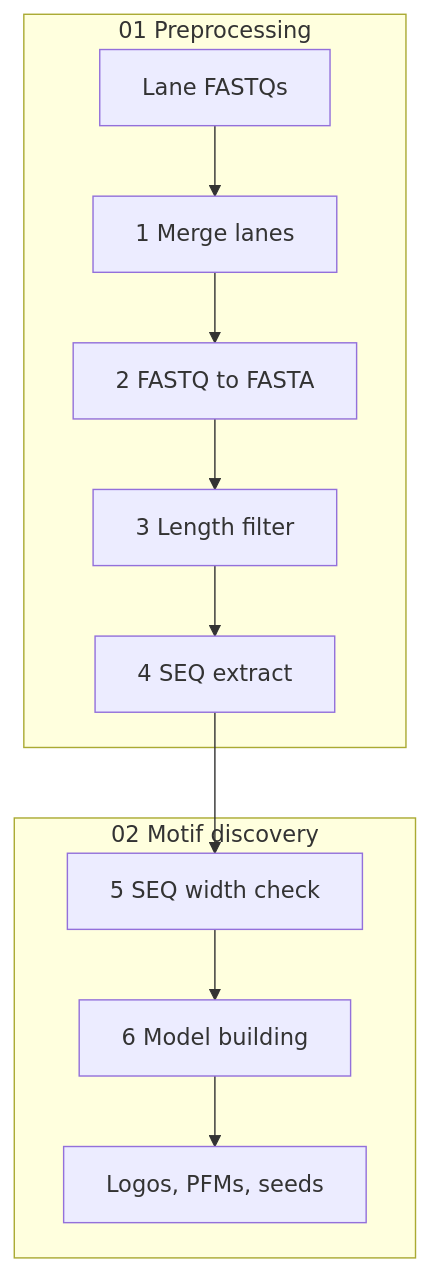
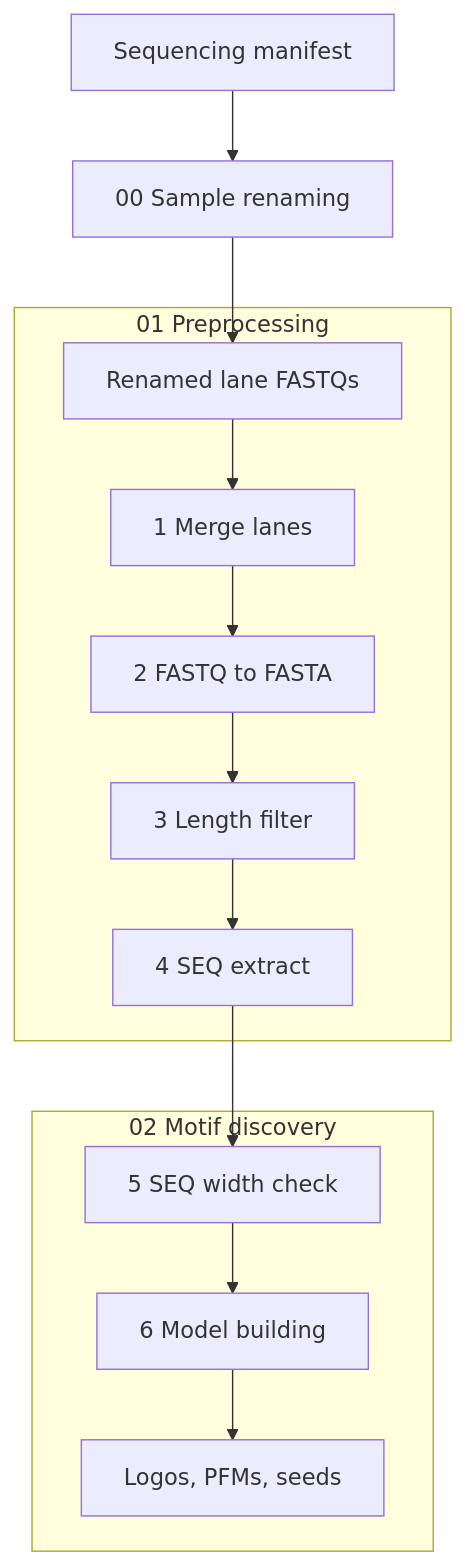
One commit to double2strand/SELEXpipe changed the diagram in workflow/README.md. Above: the diagram before and after it, drawn with Mermaid. The commit also changed other lines of this file and 12 other files, not shown here.

First line of the commit message:
Add sample renaming before preprocessing.

````diff
--- a/workflow/README.md
+++ b/workflow/README.md
@@ -5,18 +5,21 @@
 ```mermaid
 flowchart TD
+  manifest["Sequencing manifest"]
+  rename["00 Sample renaming"]
   subgraph pre ["01 Preprocessing"]
-    raw["Lane FASTQs"]
+    raw["Renamed lane FASTQs"]
     merge["1 Merge lanes"]
     fq["2 FASTQ to FASTA"]
     filt["3 Length filter"]
     seq["4 SEQ extract"]
     raw --> merge --> fq --> filt --> seq
   end
   subgraph mot ["02 Motif discovery"]
     width["5 SEQ width check"]
     model["6 Model building"]
     logos["Logos, PFMs, seeds"]
     width --> model --> logos
   end
+  manifest --> rename --> raw
   seq --> width
 ```
````
